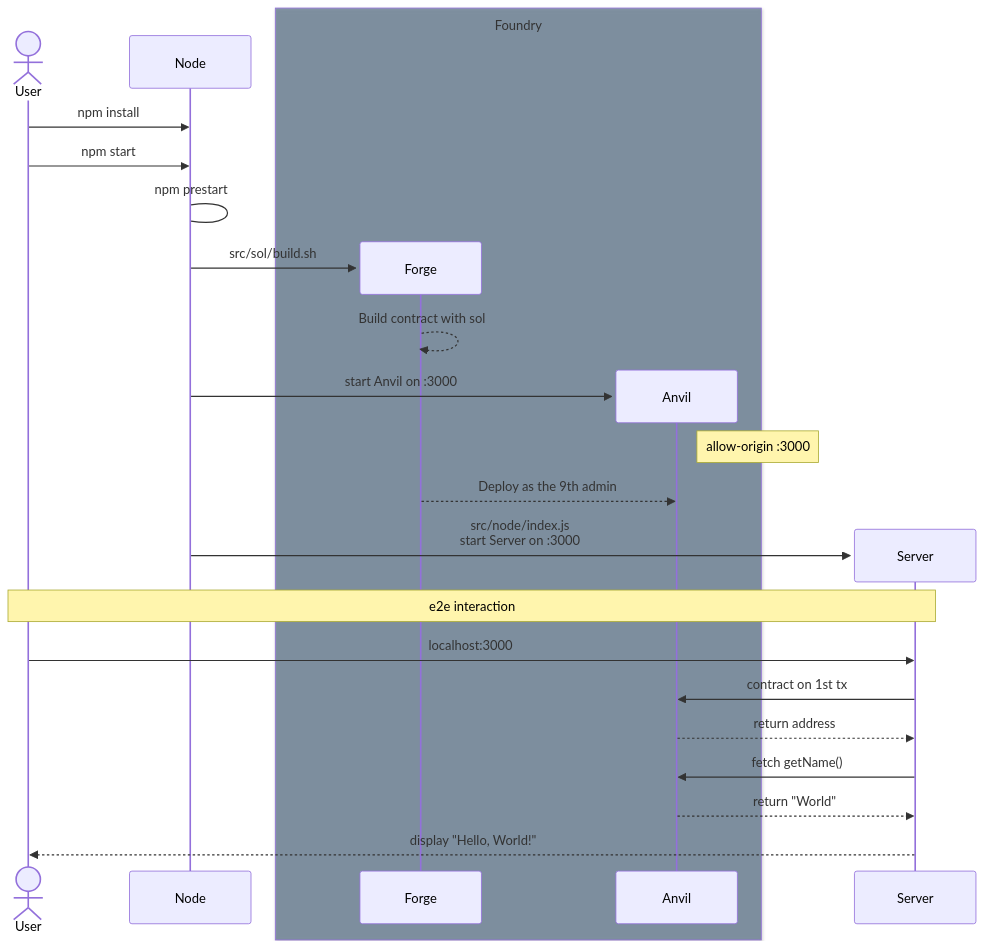
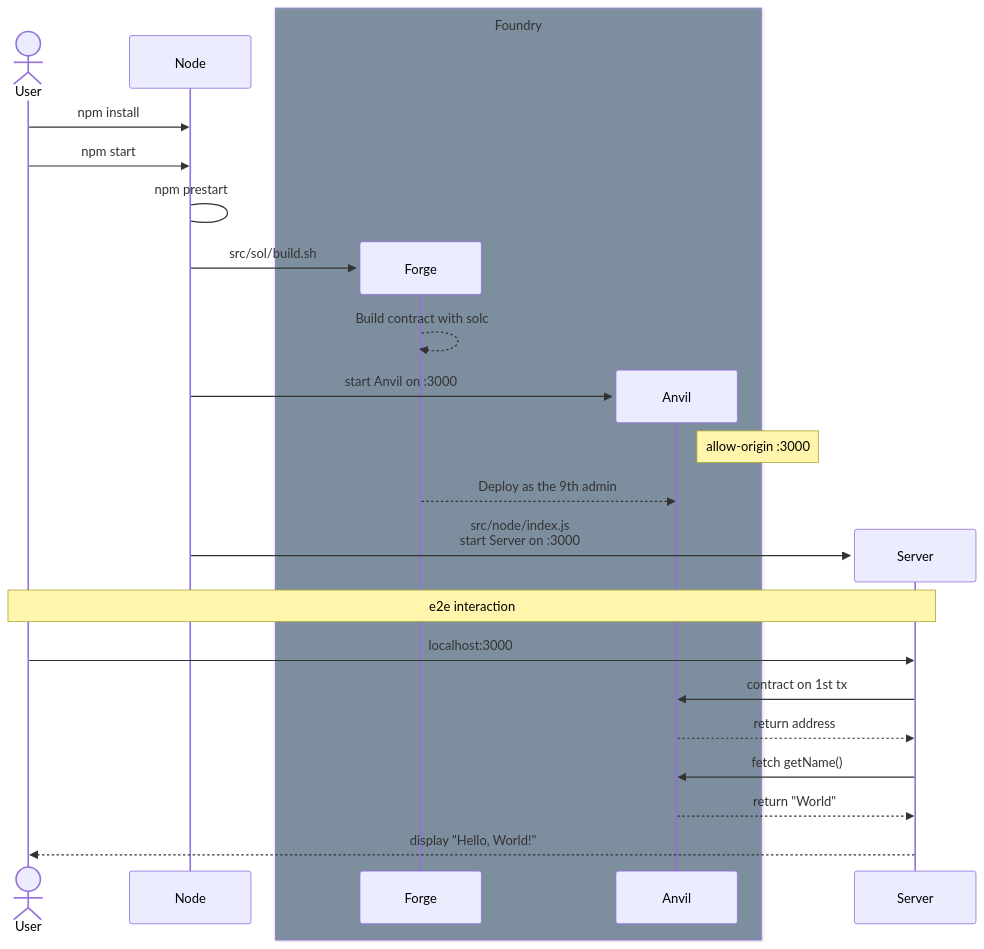
One commit to ooMia/hands-on-dapp changed the diagram in README.md. Above: the diagram before and after it, drawn with Mermaid.

Commit message:
🐛 Fix : typo

````diff
--- a/README.md
+++ b/README.md
@@ -13,35 +13,35 @@
 ```mermaid
 sequenceDiagram
 
     actor U as User
     participant N as Node
 
     U ->> N: npm install
     U ->> N: npm start
     N -> N: npm prestart
 
     create participant F as Forge
     N ->> F: src/sol/build.sh
-    F -->> F: Build contract with sol
+    F -->> F: Build contract with solc
     create participant A as Anvil
     N ->> A: start Anvil on :3000
     Note right of A: allow-origin :3000
 
     F -->> A: Deploy as the 9th admin
 
     box rgba(33,66,99,0.5) Foundry
     participant A
     participant F
     end
 
     create participant S as Server
     N ->> S: src/node/index.js<br>start Server on :3000
 
     Note over U,S: e2e interaction
     U ->> S: localhost:3000
     S ->> A: contract on 1st tx
     A -->> S: return address
     S ->> A: fetch getName()
     A -->> S: return "World"
     S -->> U: display "Hello, World!"
 ```
````
